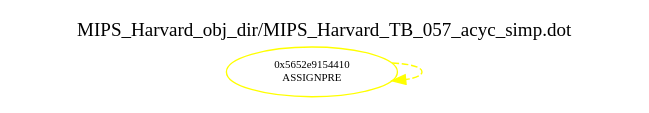
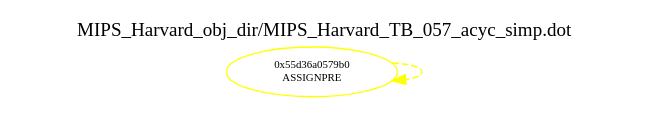
Before and after one commit to jjlehner/MIPS_CPU_Project: the diagram in unofficial/preliminary_testing/MIPS_Harvard_obj_dir/MIPS_Harvard_TB_057_acyc_simp.dot, drawn with Graphviz. The commit also changed 91 other files, not shown here.

```diff
--- a/unofficial/preliminary_testing/MIPS_Harvard_obj_dir/MIPS_Harvard_TB_057_acyc_simp.dot
+++ b/unofficial/preliminary_testing/MIPS_Harvard_obj_dir/MIPS_Harvard_TB_057_acyc_simp.dot
@@ -1,8 +1,8 @@
 digraph v3graph {
 	graph	[label="MIPS_Harvard_obj_dir/MIPS_Harvard_TB_057_acyc_simp.dot",
 		 labelloc=t, labeljust=l,
 		 //size="7.5,10",
 		 rankdir=TB];
-	n0	[fontsize=8 label="0x5652e9154410\n ASSIGNPRE", color=yellow];
+	n0	[fontsize=8 label="0x55d36a0579b0\n ASSIGNPRE", color=yellow];
 	n0 -> n0 [fontsize=8 label="" weight=3 color=yellow style=dashed];
 }
```
